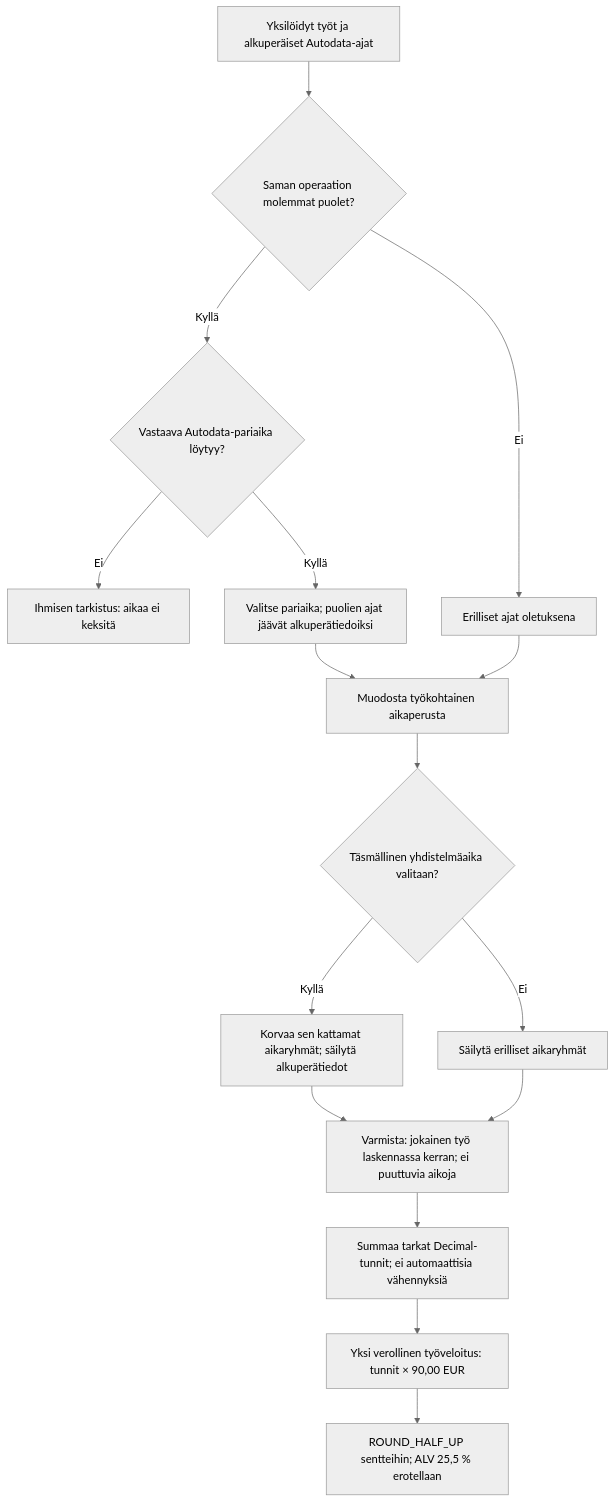
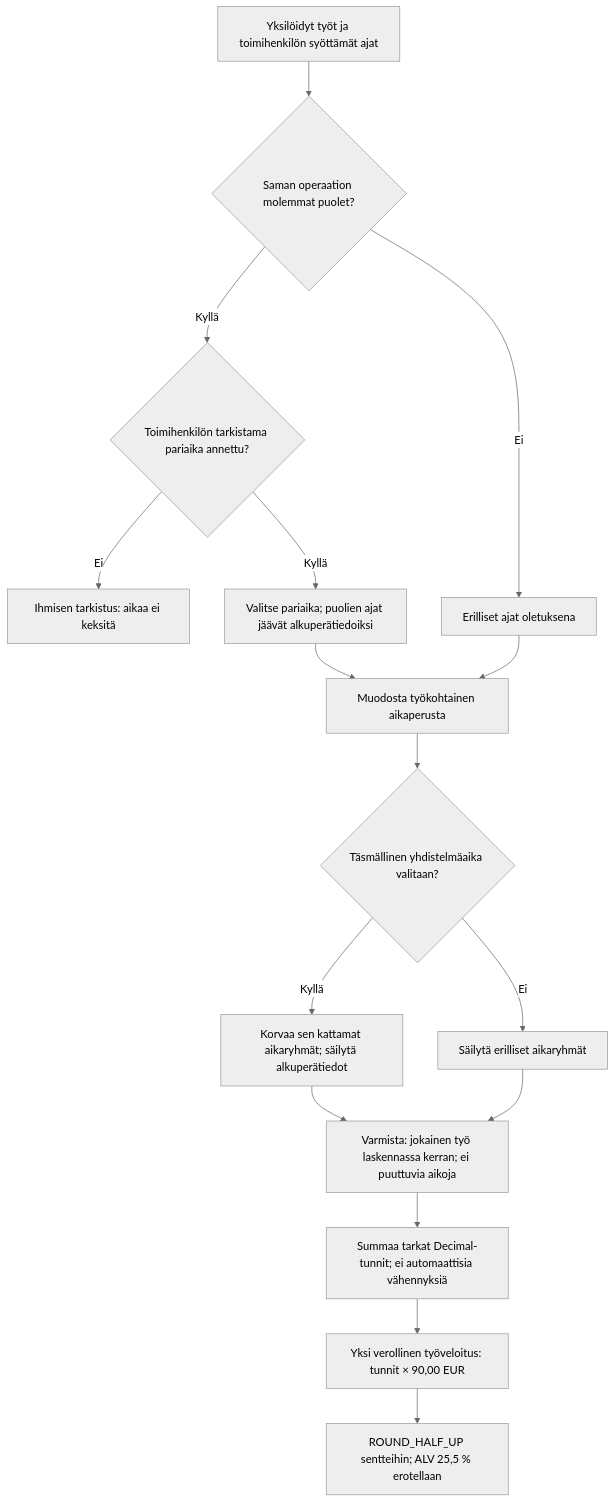
The second of 3 diagrams in docs/visualizations/domain-vaihe-1.md (elissei/CarbitOy), drawn with Mermaid (neutral theme) before and after one commit. The commit also changed other lines of this file and 5 other files, not shown here.

````diff
--- a/docs/visualizations/domain-vaihe-1.md
+++ b/docs/visualizations/domain-vaihe-1.md
@@ -35,18 +40,18 @@
 ```mermaid
 flowchart TD
-  A["Yksilöidyt työt ja alkuperäiset Autodata-ajat"] --> B{"Saman operaation molemmat puolet?"}
-  B -->|Kyllä| C{"Vastaava Autodata-pariaika löytyy?"}
+  A["Yksilöidyt työt ja toimihenkilön syöttämät ajat"] --> B{"Saman operaation molemmat puolet?"}
+  B -->|Kyllä| C{"Toimihenkilön tarkistama pariaika annettu?"}
   C -->|Ei| H["Ihmisen tarkistus: aikaa ei keksitä"]
   C -->|Kyllä| P["Valitse pariaika; puolien ajat jäävät alkuperätiedoiksi"]
   B -->|Ei| T["Erilliset ajat oletuksena"]
   P --> G["Muodosta työkohtainen aikaperusta"]
   T --> G
   G --> E{"Täsmällinen yhdistelmäaika valitaan?"}
   E -->|Kyllä| F["Korvaa sen kattamat aikaryhmät; säilytä alkuperätiedot"]
   E -->|Ei| N["Säilytä erilliset aikaryhmät"]
   F --> V["Varmista: jokainen työ laskennassa kerran; ei puuttuvia aikoja"]
   N --> V
   V --> SUM["Summaa tarkat Decimal-tunnit; ei automaattisia vähennyksiä"]
   SUM --> PRICE["Yksi verollinen työveloitus: tunnit × 90,00 EUR"]
   PRICE --> ROUND["ROUND_HALF_UP sentteihin; ALV 25,5 % erotellaan"]
 ```
````
